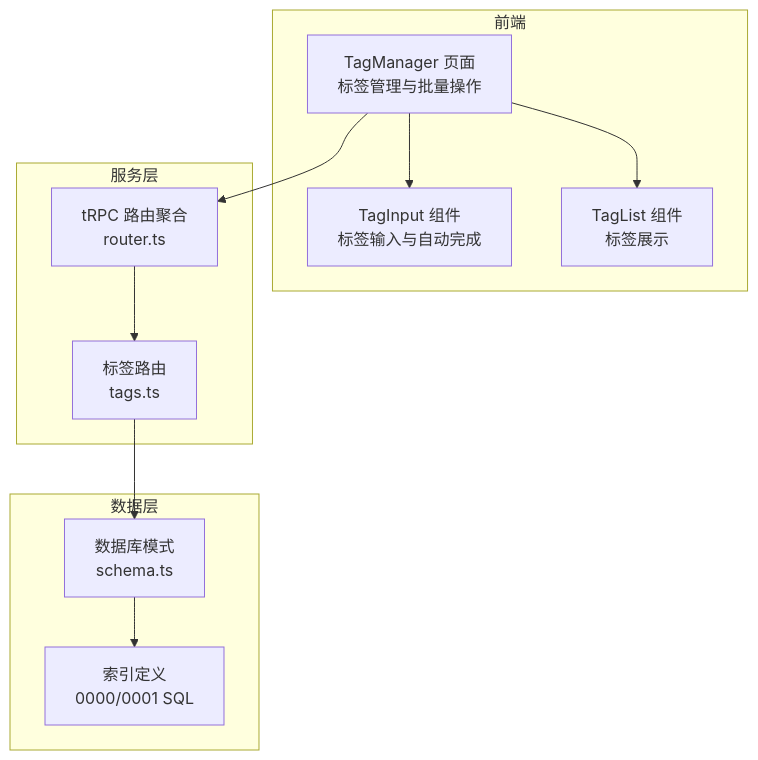
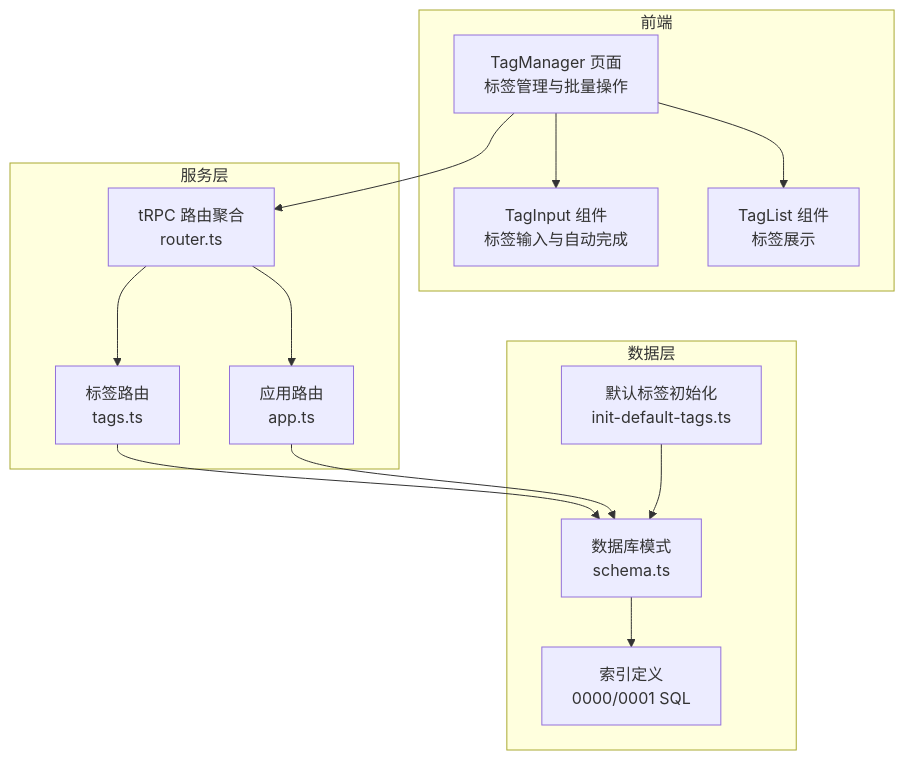
The first of 9 diagrams in .qoder/repowiki/zh/content/核心功能模块/标签管理系统.md (RadiumAg/image-saas), drawn with Mermaid before and after one commit. The commit also changed other lines of this file and 6 other files, not shown here.

````diff
--- a/.qoder/repowiki/zh/content/核心功能模块/标签管理系统.md
+++ b/.qoder/repowiki/zh/content/核心功能模块/标签管理系统.md
@@ -39,22 +52,27 @@
 ```mermaid
 graph TB
 subgraph "前端"
 UI_TagInput["TagInput 组件<br/>标签输入与自动完成"]
 UI_TagList["TagList 组件<br/>标签展示"]
 UI_Page["TagManager 页面<br/>标签管理与批量操作"]
 end
 subgraph "服务层"
 TRPC_Router["tRPC 路由聚合<br/>router.ts"]
 Tags_API["标签路由<br/>tags.ts"]
+Apps_API["应用路由<br/>app.ts"]
 end
 subgraph "数据层"
 DB_Schema["数据库模式<br/>schema.ts"]
 DB_Indexes["索引定义<br/>0000/0001 SQL"]
+Init_Script["默认标签初始化<br/>init-default-tags.ts"]
 end
 UI_Page --> UI_TagInput
 UI_Page --> UI_TagList
 UI_Page --> TRPC_Router
 TRPC_Router --> Tags_API
+TRPC_Router --> Apps_API
 Tags_API --> DB_Schema
+Apps_API --> DB_Schema
 DB_Schema --> DB_Indexes
+Init_Script --> DB_Schema
 ```
````
